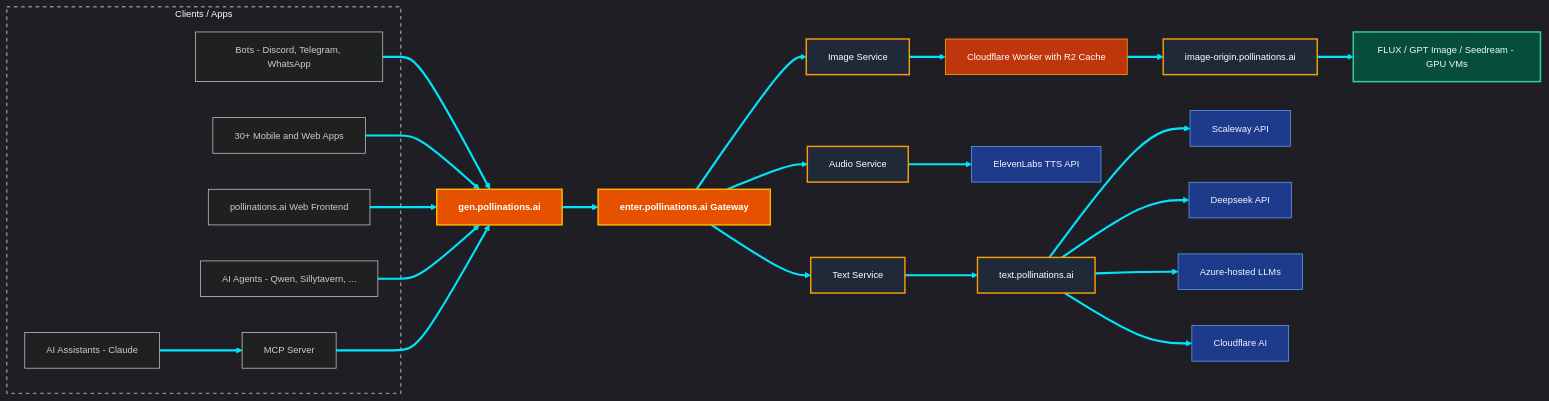
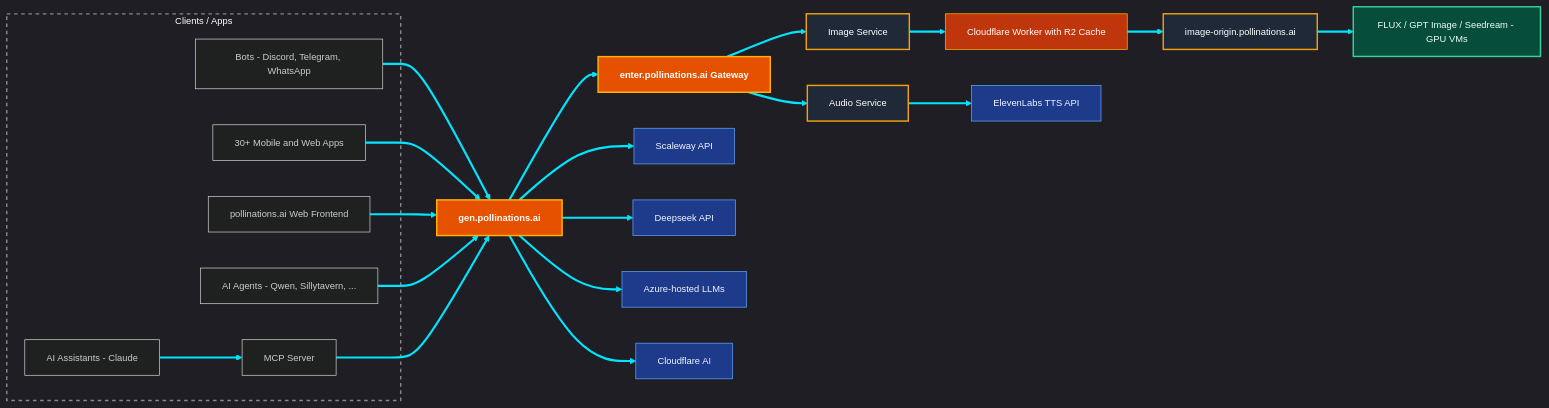
One commit to pollinations/pollinations changed the diagram in README.md. Above: the diagram before and after it, drawn with Mermaid. The commit also changed other lines of this file and 96 other files, not shown here.

Commit message:
cleanup: remove legacy text service

````diff
--- a/README.md
+++ b/README.md
@@ -281,48 +281,46 @@
 ```mermaid
 %%{init: {'theme': 'dark', 'themeVariables': { 'background': '#1a1a1a', 'primaryColor': '#2a2a2a', 'primaryBorderColor': '#555555', 'primaryTextColor': '#eeeeee', 'lineColor': '#00e5ff', 'clusterBkg': 'transparent', 'clusterBorder': '#888888', 'fontSize': '13px', 'fontFamily': 'Inter, system-ui, sans-serif'}}}%%
 
 graph LR
     subgraph CLIENTS["Clients / Apps"]
         Q[Bots - Discord, Telegram, WhatsApp]
         N[30+ Mobile and Web Apps]
         A[pollinations.ai Web Frontend]
         R[AI Agents - Qwen, Sillytavern, ...]
         AI[AI Assistants - Claude]
         MCP[MCP Server]
     end
 
     AI --> MCP
     Q --> GEN
     N --> GEN
     A --> GEN
     R --> GEN
     MCP --> GEN
 
     GEN["gen.pollinations.ai"]:::cfWorker --> ENTER["enter.pollinations.ai Gateway"]:::cfWorker
 
     ENTER --> IMG["Image Service"]:::ec2
-    ENTER --> TXT["Text Service"]:::ec2
     ENTER --> AUD["Audio Service"]:::ec2
 
     IMG --> CF["Cloudflare Worker with R2 Cache"]:::cfWorkerLight
     CF --> B["image-origin.pollinations.ai"]:::ec2
     B --> D["FLUX / GPT Image / Seedream - GPU VMs"]:::gpuNode
 
     AUD --> EL["ElevenLabs TTS API"]:::provider
 
-    TXT --> C["text.pollinations.ai"]:::ec2
-    C --> SC["Scaleway API"]:::provider
-    C --> DS["Deepseek API"]:::provider
-    C --> G["Azure-hosted LLMs"]:::provider
-    C --> CFM["Cloudflare AI"]:::provider
+    GEN --> SC["Scaleway API"]:::provider
+    GEN --> DS["Deepseek API"]:::provider
+    GEN --> G["Azure-hosted LLMs"]:::provider
+    GEN --> CFM["Cloudflare AI"]:::provider
 
     style CLIENTS fill:none,stroke:#888,stroke-width:2px,stroke-dasharray: 5 5
 
     linkStyle default stroke-width:3px,stroke:#00E5FF
 
     classDef cfWorker fill:#E65100,color:#fff,stroke:#FFB300,stroke-width:2px,font-weight:bold
     classDef cfWorkerLight fill:#BF360C,color:#fff,stroke:#FFB300,stroke-width:1px
     classDef ec2 fill:#1F2937,color:#fff,stroke:#F59E0B,stroke-width:2px
     classDef gpuNode fill:#064E3B,stroke:#34D399,color:#ECFDF5,stroke-width:2px
     classDef provider fill:#1E3A8A,stroke:#60A5FA,color:#EFF6FF,stroke-width:1px
 ```
````
